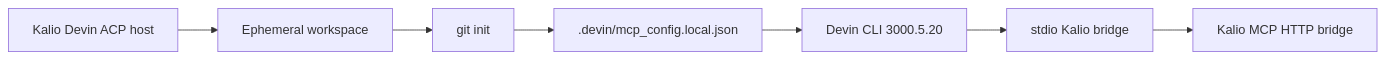
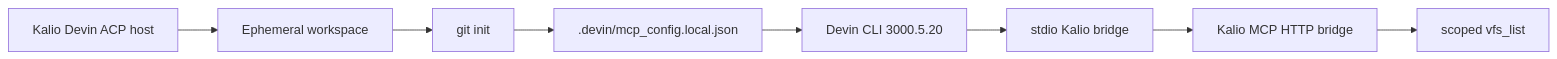
Before and after one commit to Radomiej/kalio-forever: the diagram in docs/sessions/2026-08-23-devin-cli-3000-5-mcp-compatibility.md, drawn with Mermaid. The commit also changed other lines of this file and 3 other files, not shown here.

````diff
--- a/docs/sessions/2026-08-23-devin-cli-3000-5-mcp-compatibility.md
+++ b/docs/sessions/2026-08-23-devin-cli-3000-5-mcp-compatibility.md
@@ -17,9 +19,10 @@
 ```mermaid
 flowchart LR
     A[Kalio Devin ACP host] --> B[Ephemeral workspace]
     B --> C[git init]
     C --> D[.devin/mcp_config.local.json]
     D --> E[Devin CLI 3000.5.20]
     E --> F[stdio Kalio bridge]
     F --> G[Kalio MCP HTTP bridge]
+    G --> H[scoped vfs_list]
 ```
````
